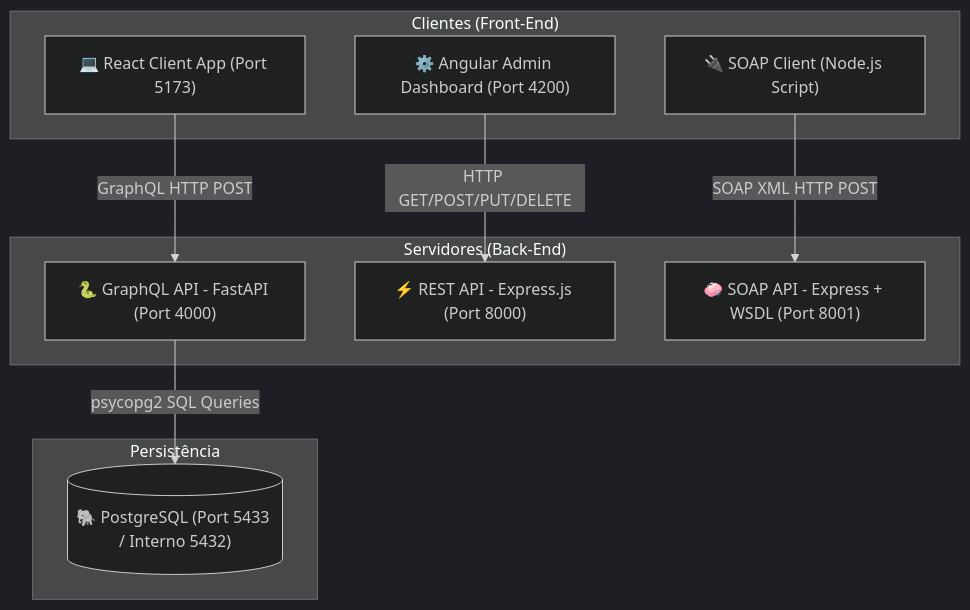
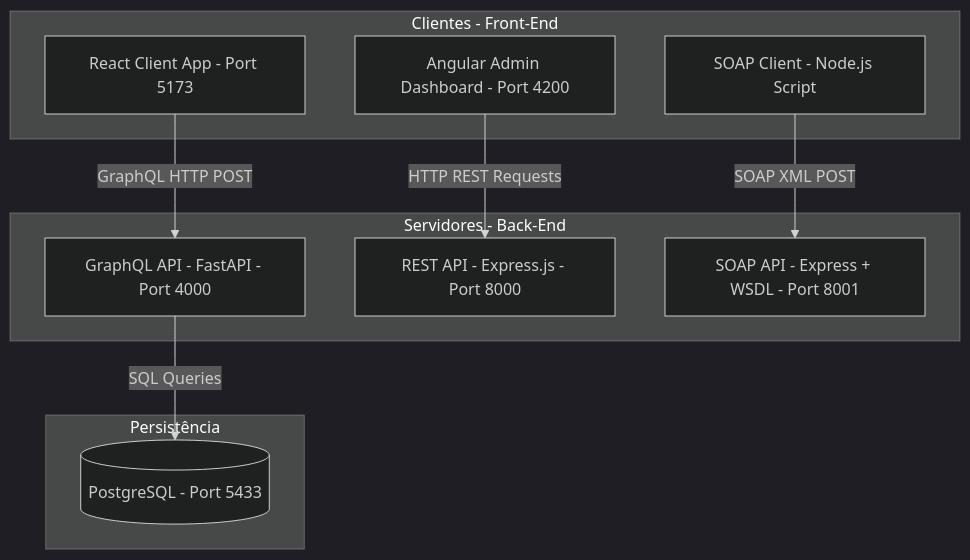
Before and after one commit to Diegoximenes01/Projeto-Pizzaria: the diagram in README.md, drawn with Mermaid (dark theme). The commit also changed 1 other file, not shown here.

Commit message:
Atualizado

````diff
--- a/README.md
+++ b/README.md
@@ -11,24 +11,24 @@
 ```mermaid
 graph TD
-    subgraph Clientes ["Clientes (Front-End)"]
-        ReactApp["💻 React Client App (Port 5173)"]
-        AngularApp["⚙️ Angular Admin Dashboard (Port 4200)"]
-        SOAPClient["🔌 SOAP Client (Node.js Script)"]
+    subgraph Clientes [Clientes - Front-End]
+        ReactApp[React Client App - Port 5173]
+        AngularApp[Angular Admin Dashboard - Port 4200]
+        SOAPClient[SOAP Client - Node.js Script]
     end
 
-    subgraph Servidores ["Servidores (Back-End)"]
-        GraphQLAPI["🐍 GraphQL API - FastAPI (Port 4000)"]
-        RESTAPI["⚡ REST API - Express.js (Port 8000)"]
-        SOAPAPI["🧼 SOAP API - Express + WSDL (Port 8001)"]
+    subgraph Servidores [Servidores - Back-End]
+        GraphQLAPI[GraphQL API - FastAPI - Port 4000]
+        RESTAPI[REST API - Express.js - Port 8000]
+        SOAPAPI[SOAP API - Express + WSDL - Port 8001]
     end
 
-    subgraph Persistencia ["Persistência"]
-        PostgresDB[("🐘 PostgreSQL (Port 5433 / Interno 5432)")]
+    subgraph Persistencia [Persistência]
+        PostgresDB[(PostgreSQL - Port 5433)]
     end
 
     ReactApp -->|GraphQL HTTP POST| GraphQLAPI
-    GraphQLAPI -->|psycopg2 SQL Queries| PostgresDB
+    GraphQLAPI -->|SQL Queries| PostgresDB
     
-    AngularApp -->|HTTP GET/POST/PUT/DELETE| RESTAPI
-    SOAPClient -->|SOAP XML HTTP POST| SOAPAPI
+    AngularApp -->|HTTP REST Requests| RESTAPI
+    SOAPClient -->|SOAP XML POST| SOAPAPI
 ```
````
